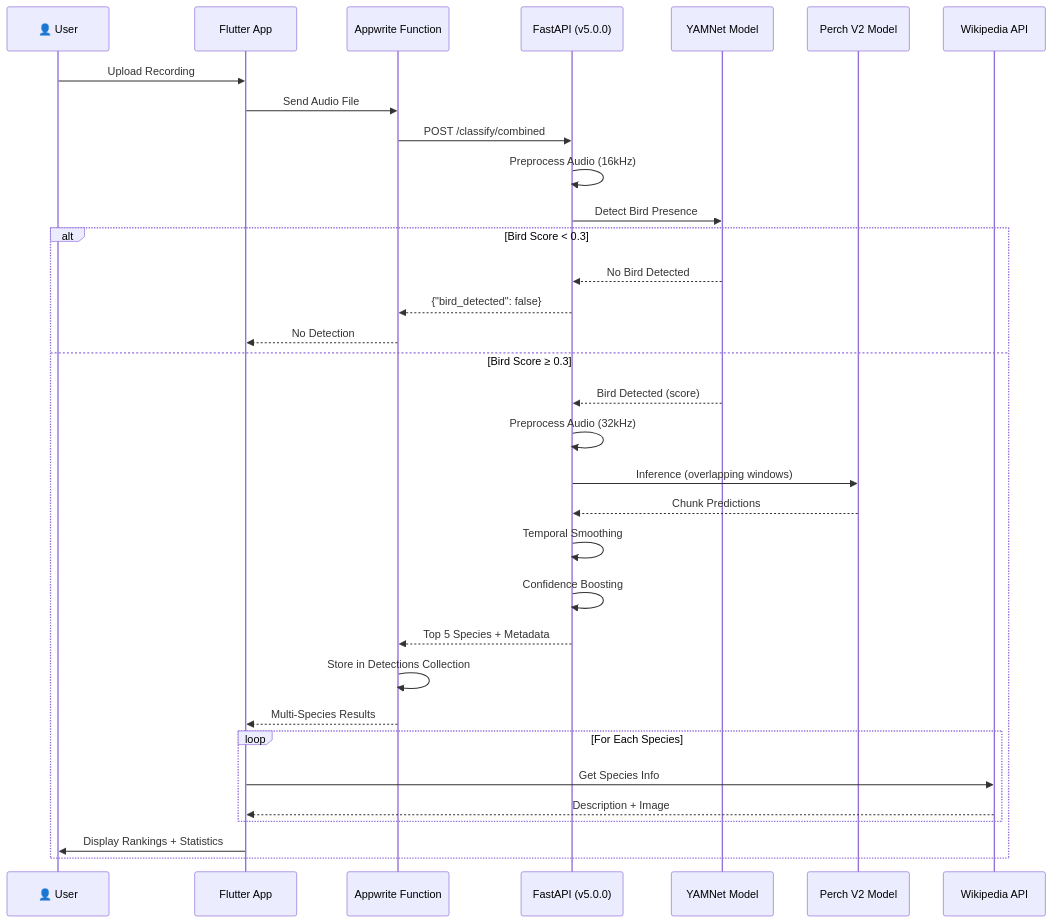
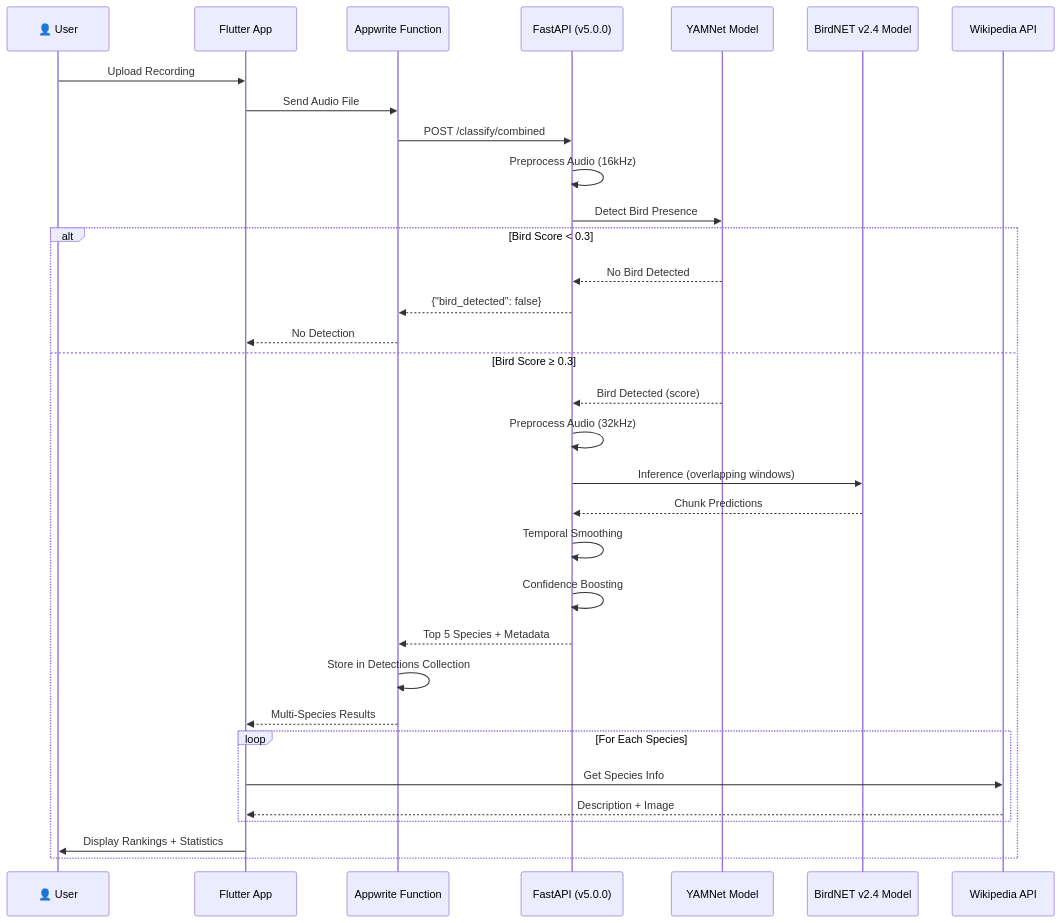
One commit to project-soundscape/soundscape-ai changed the third of 13 diagrams in COMPREHENSIVE_DOCUMENTATION.md. Above: the diagram before and after it, drawn with Mermaid. The commit also changed other lines of this file, not shown here.

````diff
--- a/COMPREHENSIVE_DOCUMENTATION.md
+++ b/COMPREHENSIVE_DOCUMENTATION.md
@@ -323,40 +323,40 @@
 ```mermaid
 sequenceDiagram
     participant User as 👤 User
     participant App as Flutter App
     participant Appwrite as Appwrite Function
     participant API as FastAPI (v5.0.0)
     participant YAMNet as YAMNet Model
-    participant Perch as Perch V2 Model
+    participant BirdNET as BirdNET v2.4 Model
     participant Wiki as Wikipedia API
     
     User->>App: Upload Recording
     App->>Appwrite: Send Audio File
     Appwrite->>API: POST /classify/combined
     
     API->>API: Preprocess Audio (16kHz)
     API->>YAMNet: Detect Bird Presence
     
     alt Bird Score < 0.3
         YAMNet-->>API: No Bird Detected
         API-->>Appwrite: {"bird_detected": false}
         Appwrite-->>App: No Detection
     else Bird Score ≥ 0.3
         YAMNet-->>API: Bird Detected (score)
         API->>API: Preprocess Audio (32kHz)
-        API->>Perch: Inference (overlapping windows)
-        Perch-->>API: Chunk Predictions
+        API->>BirdNET: Inference (overlapping windows)
+        BirdNET-->>API: Chunk Predictions
         API->>API: Temporal Smoothing
         API->>API: Confidence Boosting
         API-->>Appwrite: Top 5 Species + Metadata
         Appwrite->>Appwrite: Store in Detections Collection
         Appwrite-->>App: Multi-Species Results
         
         loop For Each Species
             App->>Wiki: Get Species Info
             Wiki-->>App: Description + Image
         end
         
         App->>User: Display Rankings + Statistics
     end
 ```
````
